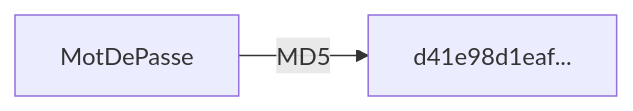
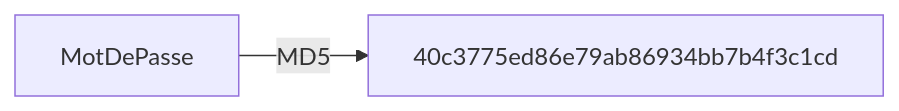
One commit to departement-info-cem/3U4-cybersec changed the first of 4 diagrams in web/docs/01-cours/01-r1.1.md. Above: the diagram before and after it, drawn with Mermaid. The commit also changed other lines of this file, not shown here.

````diff
--- a/web/docs/01-cours/01-r1.1.md
+++ b/web/docs/01-cours/01-r1.1.md
@@ -57,6 +90,6 @@
 ```mermaid
 flowchart LR
   P["MotDePasse"]
-  H["d41e98d1eaf..."]
+  H["40c3775ed86e79ab86934bb7b4f3c1cd"]
   P-- "MD5" -->H
 ```
````
